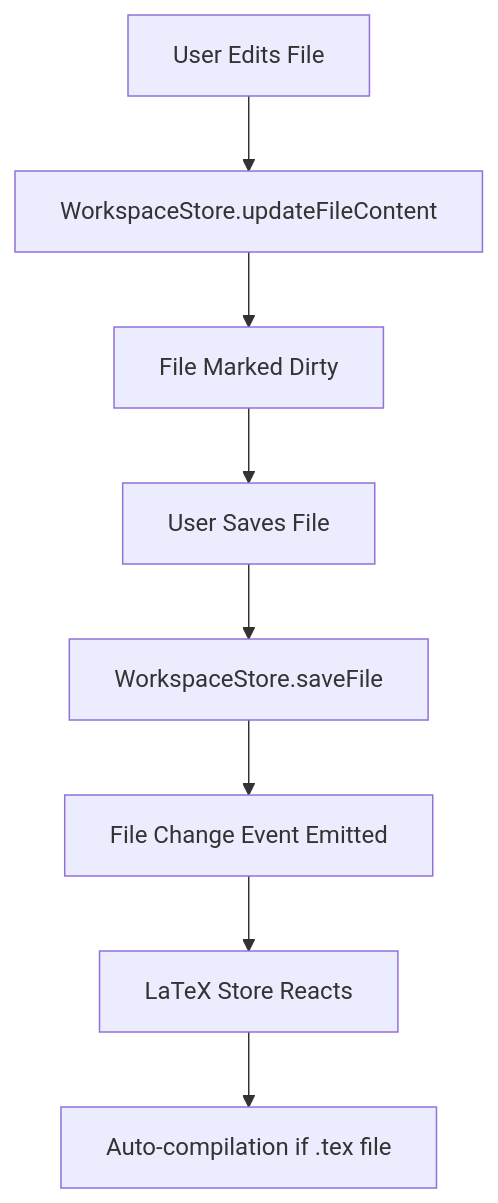
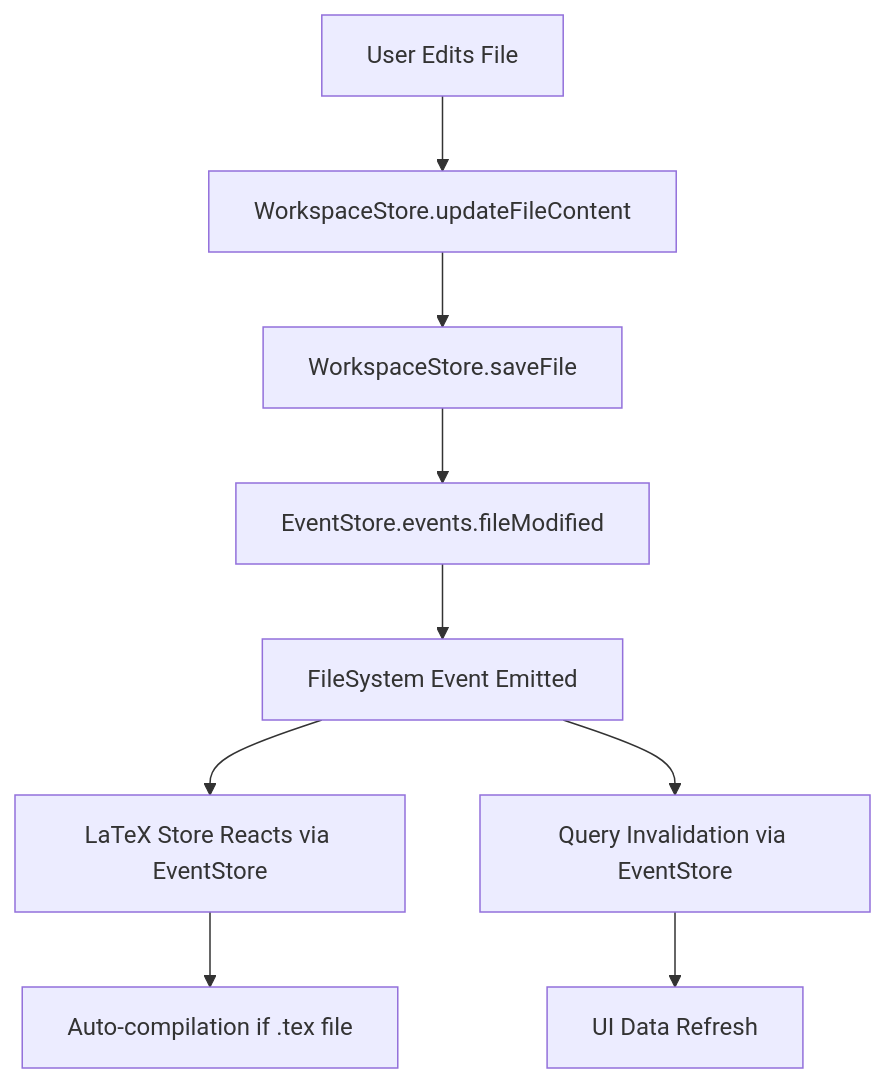
The third of 4 diagrams in STATE.md (MHamzaAhmad/dcmt-ide), drawn with Mermaid before and after one commit. The commit also changed other lines of this file and 12 other files, not shown here.

First line of the commit message:
feat: Implement unified event system for file and agent events

````diff
--- a/STATE.md
+++ b/STATE.md
@@ -131,10 +187,11 @@
 ```mermaid
 graph TD
     A[User Edits File] --> B[WorkspaceStore.updateFileContent]
-    B --> C[File Marked Dirty]
-    C --> D[User Saves File]
-    D --> E[WorkspaceStore.saveFile]
-    E --> F[File Change Event Emitted]
-    F --> G[LaTeX Store Reacts]
-    G --> H[Auto-compilation if .tex file]
+    B --> C[WorkspaceStore.saveFile]
+    C --> D[EventStore.events.fileModified]
+    D --> E[FileSystem Event Emitted]
+    E --> F[LaTeX Store Reacts via EventStore]
+    E --> G[Query Invalidation via EventStore]
+    F --> H[Auto-compilation if .tex file]
+    G --> I[UI Data Refresh]
 ```
````
